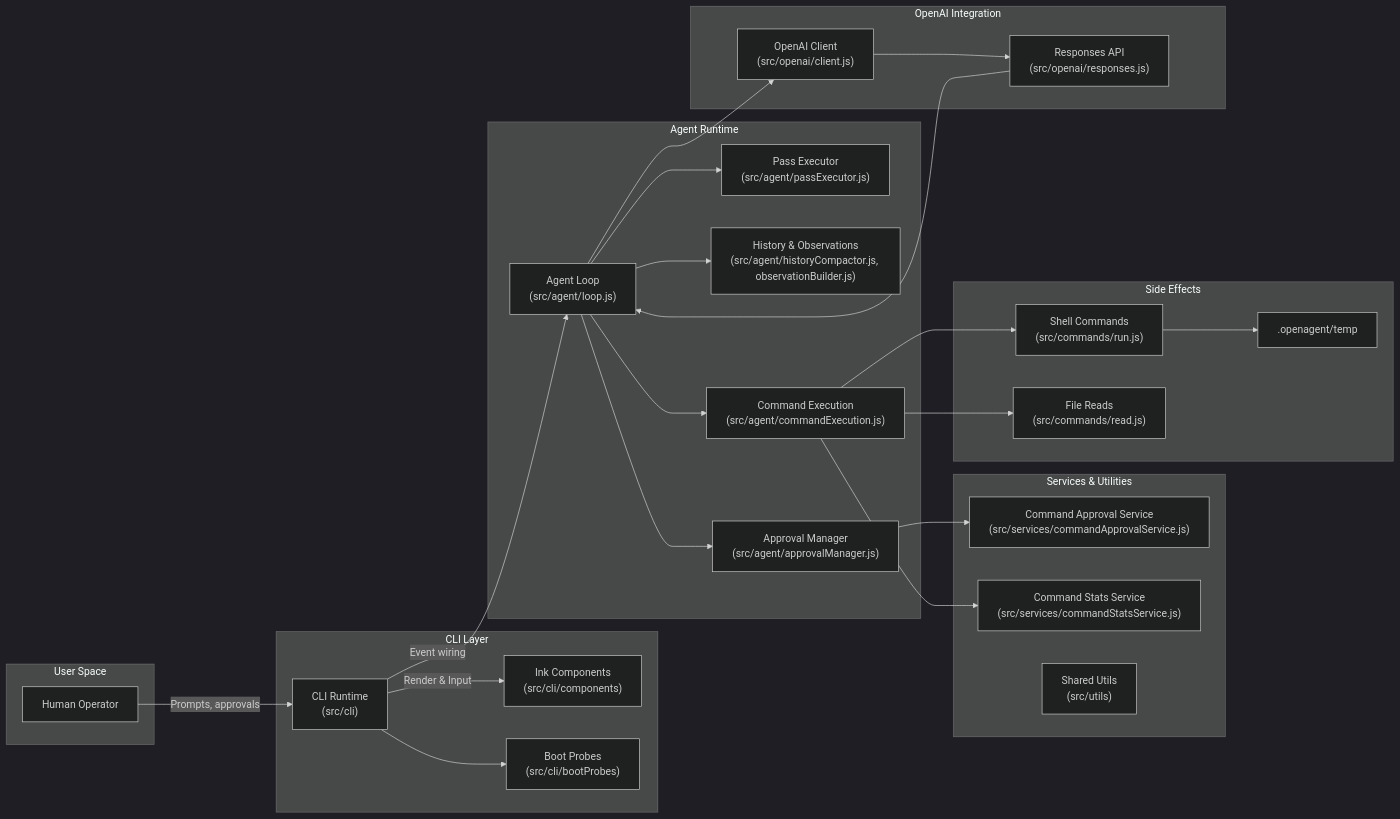
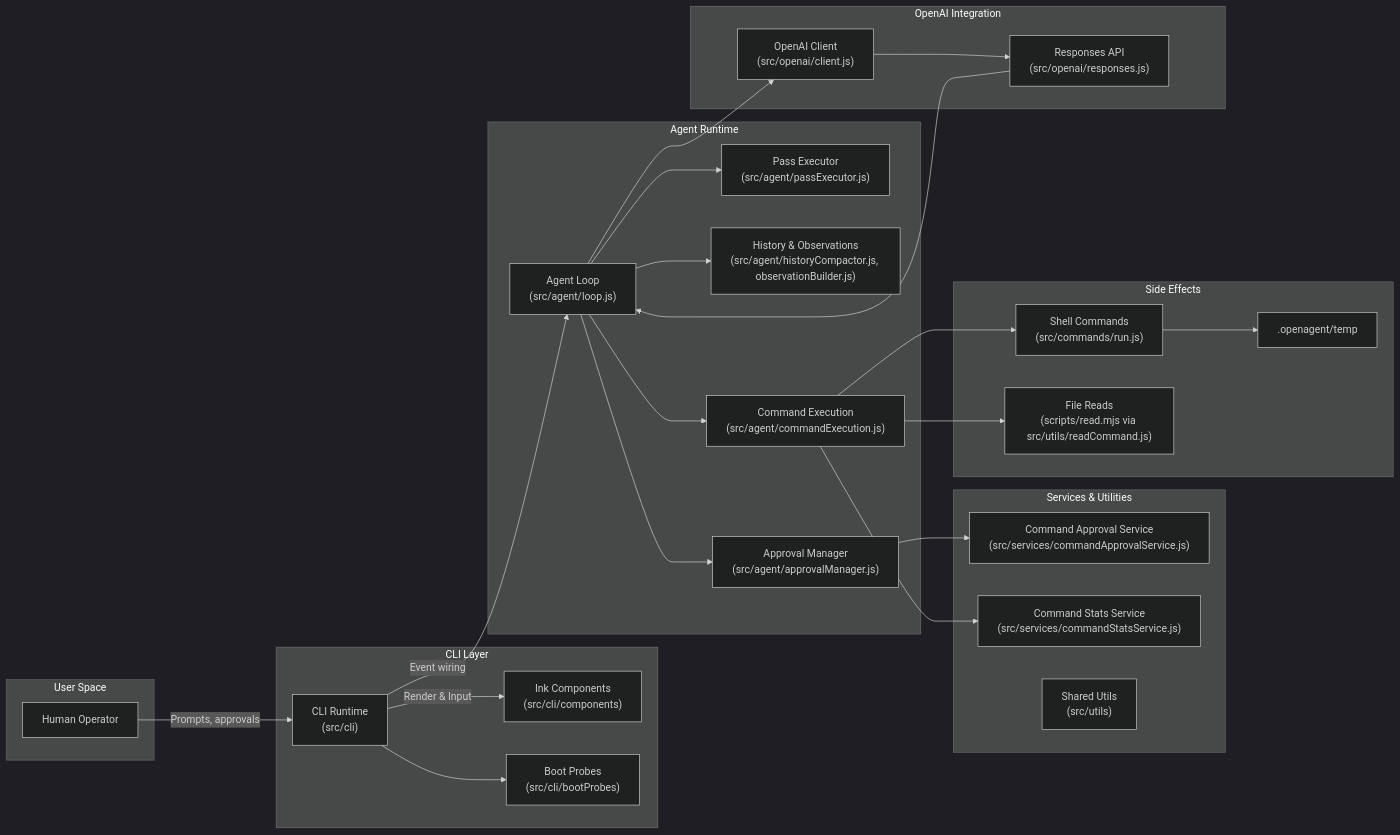
One commit to asynkron/OpenAgent changed the first of 3 diagrams in docs/architecture.md. Above: the diagram before and after it, drawn with Mermaid (dark theme). The commit also changed 14 other files, not shown here.

Commit message:
Route read helper through shared utils

````diff
--- a/docs/architecture.md
+++ b/docs/architecture.md
@@ -9,56 +9,56 @@
 ```mermaid
 flowchart LR
     subgraph User Space
         U["Human Operator"]
     end
 
     subgraph CLI Layer
         CLI["CLI Runtime\n(src/cli)"]
         Ink["Ink Components\n(src/cli/components)"]
         Probes["Boot Probes\n(src/cli/bootProbes)"]
     end
 
     subgraph Agent Runtime
         Loop["Agent Loop\n(src/agent/loop.js)"]
         Pass["Pass Executor\n(src/agent/passExecutor.js)"]
         History["History & Observations\n(src/agent/historyCompactor.js, observationBuilder.js)"]
         ApprovalMgr["Approval Manager\n(src/agent/approvalManager.js)"]
         CmdExec["Command Execution\n(src/agent/commandExecution.js)"]
     end
 
     subgraph Services & Utilities
         ApprovalSvc["Command Approval Service\n(src/services/commandApprovalService.js)"]
         StatsSvc["Command Stats Service\n(src/services/commandStatsService.js)"]
         Utils["Shared Utils\n(src/utils)"]
     end
 
     subgraph Side Effects
         Shell["Shell Commands\n(src/commands/run.js)"]
-        Fs["File Reads\n(src/commands/read.js)"]
+        Fs["File Reads\n(scripts/read.mjs via src/utils/readCommand.js)"]
         Temp[".openagent/temp"]
     end
 
     subgraph OpenAI Integration
         OpenAIClient["OpenAI Client\n(src/openai/client.js)"]
         Responses["Responses API\n(src/openai/responses.js)"]
     end
 
     U -->|Prompts, approvals| CLI
     CLI -->|Render & Input| Ink
     CLI --> Probes
     CLI -->|Event wiring| Loop
 
     Loop --> Pass
     Loop --> History
     Loop --> ApprovalMgr
     Loop --> CmdExec
     Loop --> OpenAIClient
 
     ApprovalMgr --> ApprovalSvc
     CmdExec --> Shell
     CmdExec --> Fs
     Shell --> Temp
     CmdExec --> StatsSvc
     Responses --> Loop
     OpenAIClient --> Responses
 ```
````
